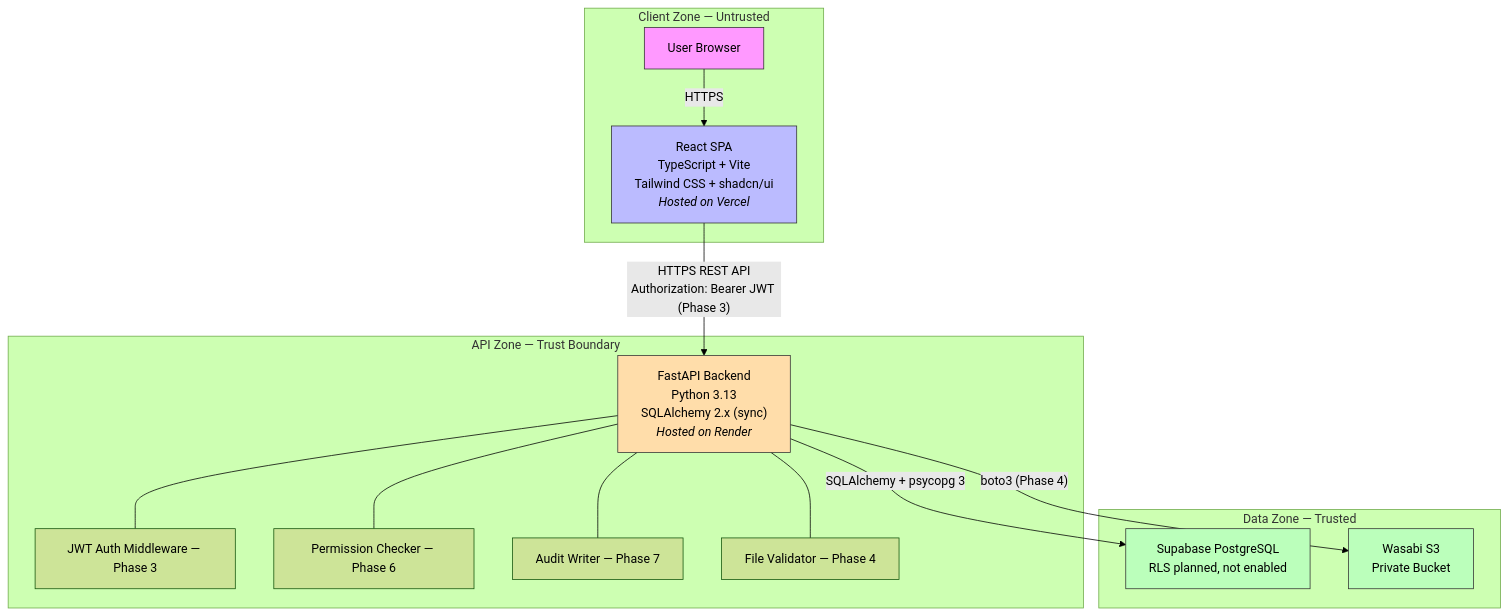
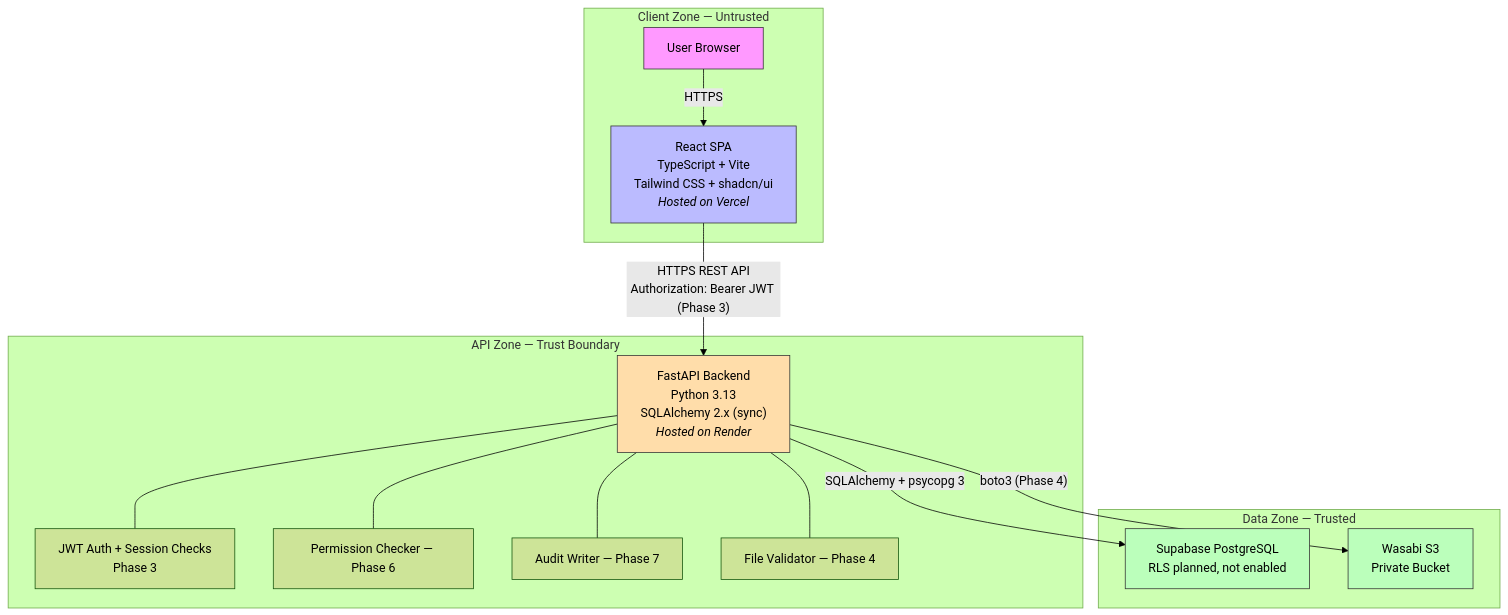
One commit to saisankeerth27/TrustVault changed the first of 4 diagrams in docs/ARCHITECTURE.md. Above: the diagram before and after it, drawn with Mermaid (forest theme). The commit also changed other lines of this file and 51 other files, not shown here.

````diff
--- a/docs/ARCHITECTURE.md
+++ b/docs/ARCHITECTURE.md
@@ -11,35 +11,35 @@
 ```mermaid
 graph TB
     subgraph "Client Zone — Untrusted"
         Browser["User Browser"]
         ReactSPA["React SPA<br/>TypeScript + Vite<br/>Tailwind CSS + shadcn/ui<br/><i>Hosted on Vercel</i>"]
     end
 
     subgraph "API Zone — Trust Boundary"
         API["FastAPI Backend<br/>Python 3.13<br/>SQLAlchemy 2.x (sync)<br/><i>Hosted on Render</i>"]
-        AuthMW["JWT Auth Middleware — Phase 3"]
+        AuthMW["JWT Auth + Session Checks<br/>Phase 3"]
         PermCheck["Permission Checker — Phase 6"]
         AuditSvc["Audit Writer — Phase 7"]
         FileVal["File Validator — Phase 4"]
     end
 
     subgraph "Data Zone — Trusted"
         DB["Supabase PostgreSQL<br/>RLS planned, not enabled"]
         S3["Wasabi S3<br/>Private Bucket"]
     end
 
     Browser -->|"HTTPS"| ReactSPA
     ReactSPA -->|"HTTPS REST API<br/>Authorization: Bearer JWT (Phase 3)"| API
     API --- AuthMW
     API --- PermCheck
     API --- AuditSvc
     API --- FileVal
     API -->|"SQLAlchemy + psycopg 3"| DB
     API -->|"boto3 (Phase 4)"| S3
 
     style Browser fill:#f9f,stroke:#333
     style ReactSPA fill:#bbf,stroke:#333
     style API fill:#fda,stroke:#333
     style DB fill:#bfb,stroke:#333
     style S3 fill:#bfb,stroke:#333
 ```
````
